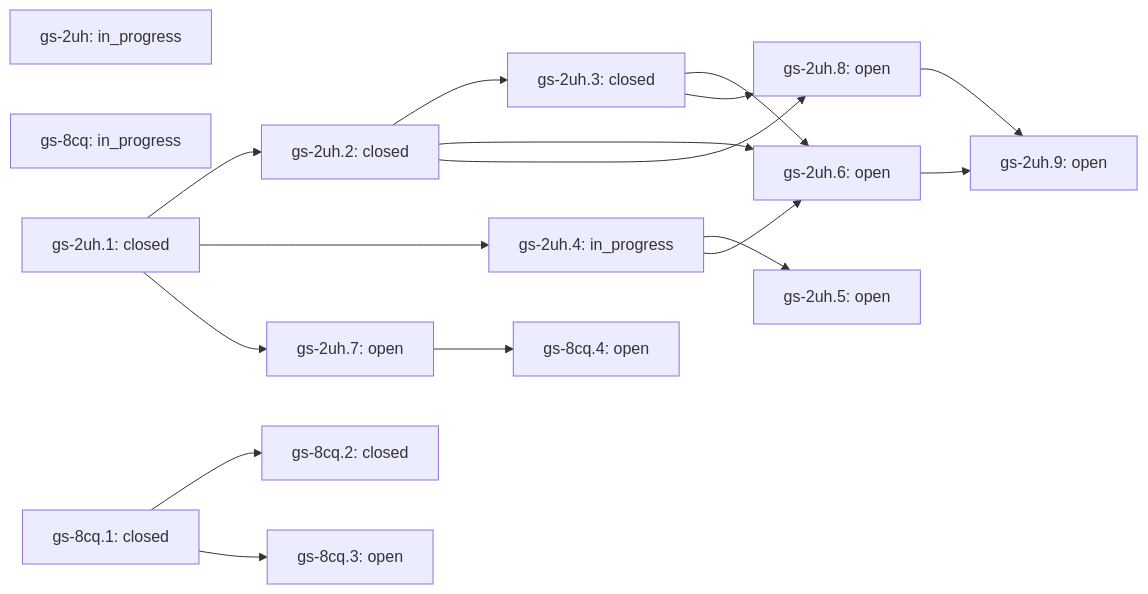
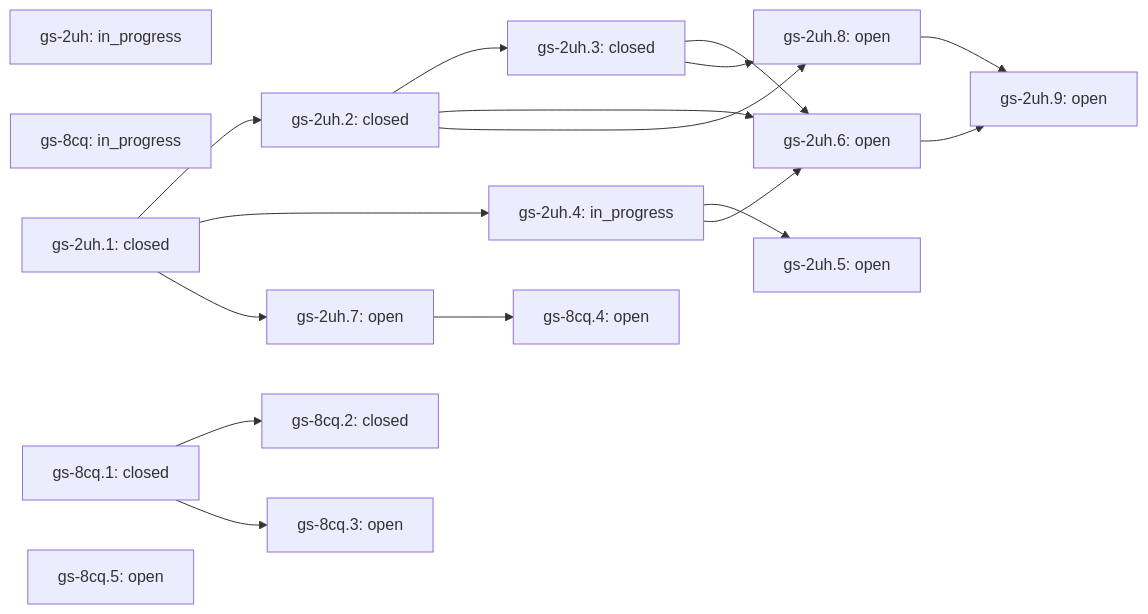
One commit to lifeofgurpreet/G-Skills changed the diagram in docs/skills/vps-health/ROADMAP.md. Above: the diagram before and after it, drawn with Mermaid. The commit also changed other lines of this file and 2 other files, not shown here.

````diff
--- a/docs/skills/vps-health/ROADMAP.md
+++ b/docs/skills/vps-health/ROADMAP.md
@@ -25,33 +26,34 @@
 ```mermaid
 flowchart LR
   gs_2uh["gs-2uh: in_progress"]
   gs_8cq["gs-8cq: in_progress"]
   gs_2uh_1["gs-2uh.1: closed"]
   gs_2uh_2["gs-2uh.2: closed"]
   gs_2uh_1 --> gs_2uh_2
   gs_2uh_3["gs-2uh.3: closed"]
   gs_2uh_2 --> gs_2uh_3
   gs_2uh_4["gs-2uh.4: in_progress"]
   gs_2uh_1 --> gs_2uh_4
   gs_2uh_5["gs-2uh.5: open"]
   gs_2uh_4 --> gs_2uh_5
   gs_2uh_6["gs-2uh.6: open"]
   gs_2uh_2 --> gs_2uh_6
   gs_2uh_3 --> gs_2uh_6
   gs_2uh_4 --> gs_2uh_6
   gs_2uh_8["gs-2uh.8: open"]
   gs_2uh_2 --> gs_2uh_8
   gs_2uh_3 --> gs_2uh_8
   gs_8cq_1["gs-8cq.1: closed"]
   gs_8cq_2["gs-8cq.2: closed"]
   gs_8cq_1 --> gs_8cq_2
   gs_2uh_7["gs-2uh.7: open"]
   gs_2uh_1 --> gs_2uh_7
   gs_2uh_9["gs-2uh.9: open"]
   gs_2uh_6 --> gs_2uh_9
   gs_2uh_8 --> gs_2uh_9
   gs_8cq_3["gs-8cq.3: open"]
   gs_8cq_1 --> gs_8cq_3
   gs_8cq_4["gs-8cq.4: open"]
   gs_2uh_7 --> gs_8cq_4
+  gs_8cq_5["gs-8cq.5: open"]
 ```
````
